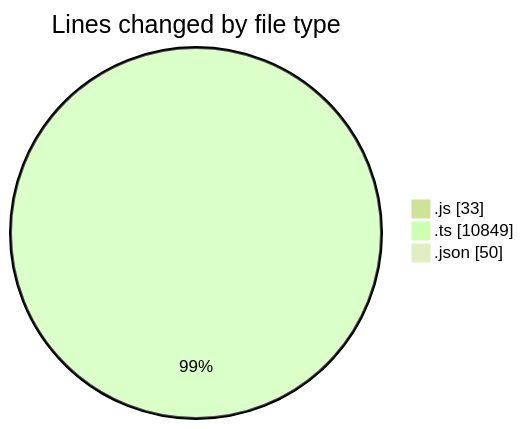
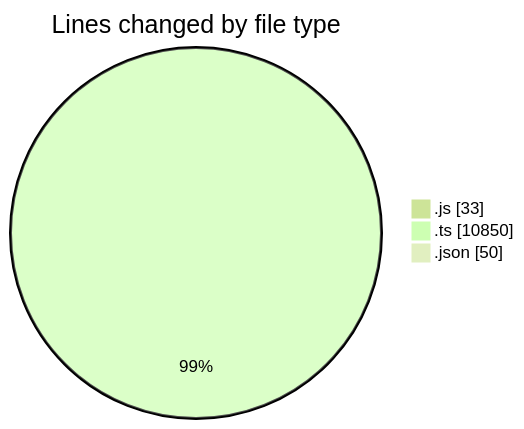
One commit to momahboobian/code-tracking changed the first of 2 diagrams in 2025-09-08/cda/README.md. Above: the diagram before and after it, drawn with Mermaid (forest theme). The commit also changed other lines of this file and 1 other file, not shown here.

````diff
--- a/2025-09-08/cda/README.md
+++ b/2025-09-08/cda/README.md
@@ -25,7 +25,7 @@
 ```mermaid
 pie showData
 title Lines changed by file type
 ".js" : 33
-".ts" : 10849
+".ts" : 10850
 ".json" : 50
 ```
````
